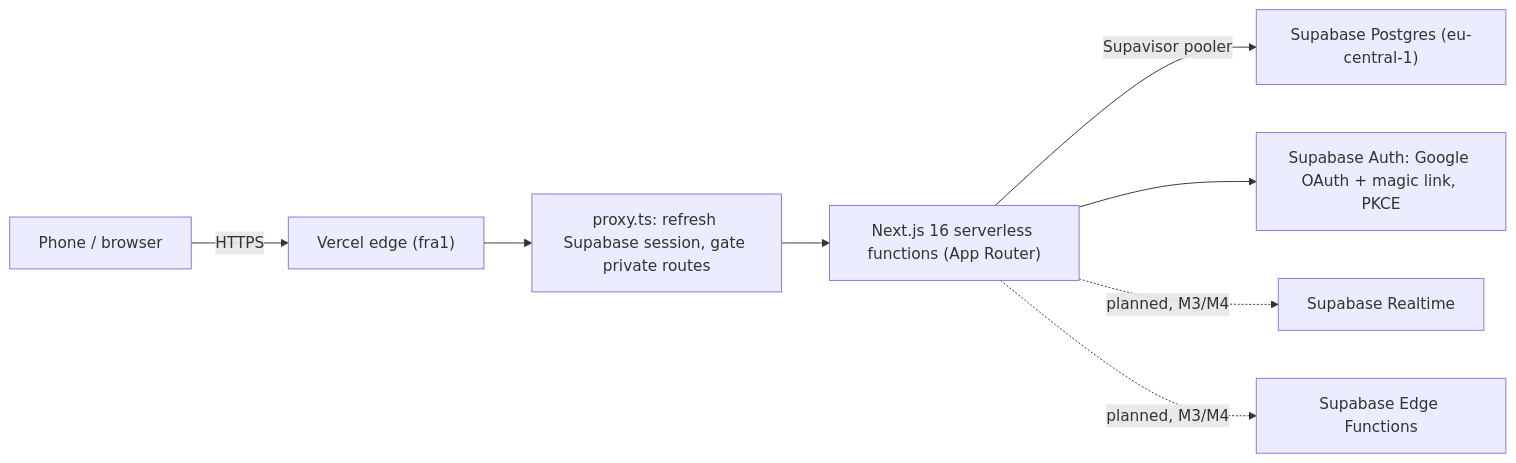
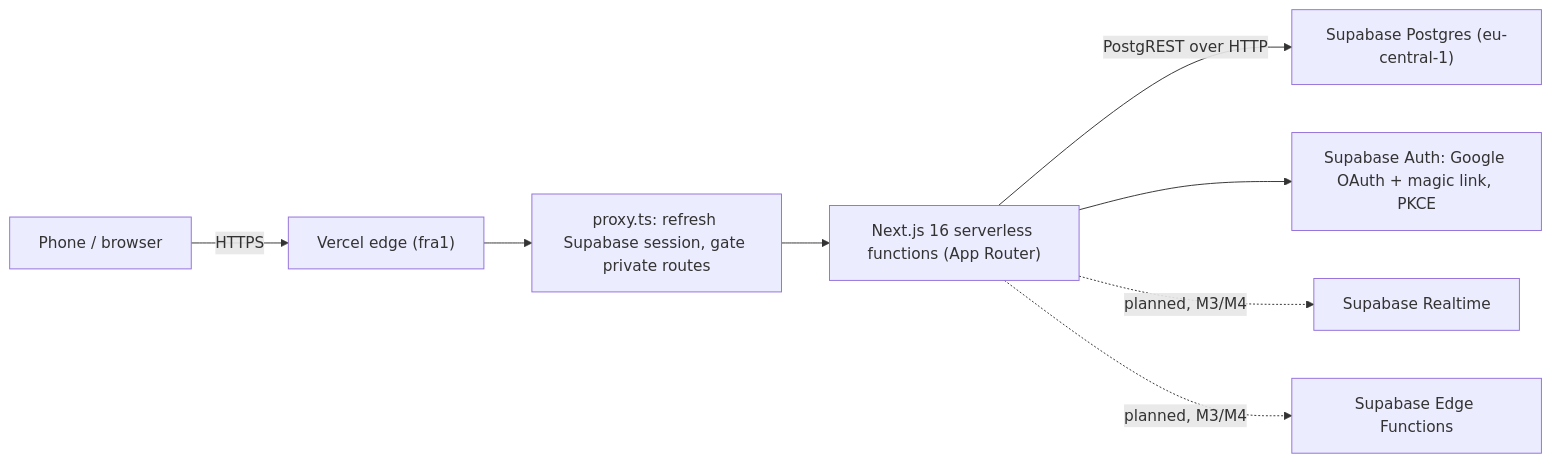
The diagram in docs/architecture.md (naum-4ik/keepup), drawn with Mermaid before and after one commit. The commit also changed other lines of this file, not shown here.

First line of the commit message:
docs: correct architecture.md against how the app actually runs

````diff
--- a/docs/architecture.md
+++ b/docs/architecture.md
@@ -7,10 +7,10 @@
 ```mermaid
 flowchart LR
     Phone["Phone / browser"] -->|HTTPS| Edge["Vercel edge (fra1)"]
     Edge --> Proxy["proxy.ts: refresh Supabase session, gate private routes"]
     Proxy --> Next["Next.js 16 serverless functions (App Router)"]
-    Next -->|Supavisor pooler| PG["Supabase Postgres (eu-central-1)"]
+    Next -->|PostgREST over HTTP| PG["Supabase Postgres (eu-central-1)"]
     Next --> Auth["Supabase Auth: Google OAuth + magic link, PKCE"]
     Next -.->|planned, M3/M4| Realtime["Supabase Realtime"]
     Next -.->|planned, M3/M4| EdgeFn["Supabase Edge Functions"]
 ```
````
